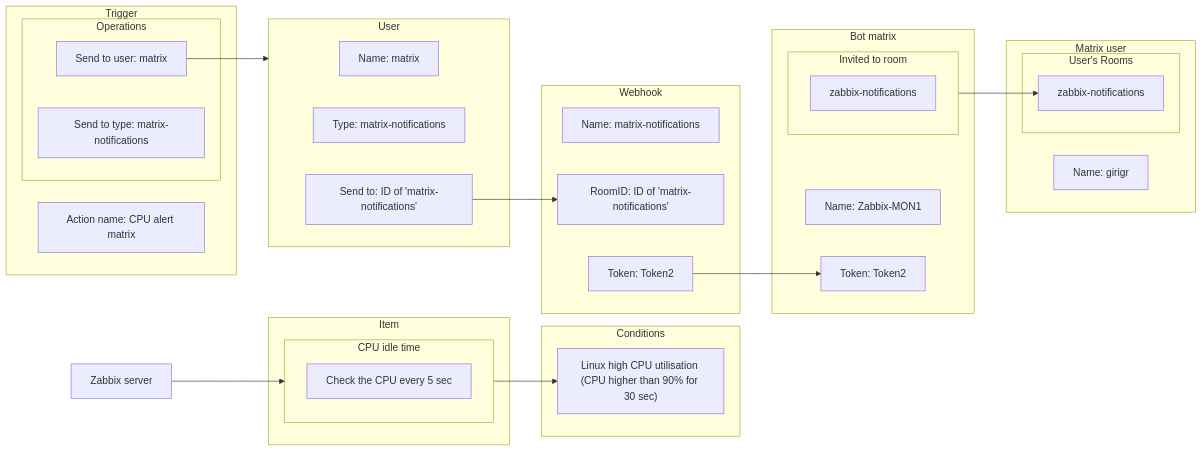
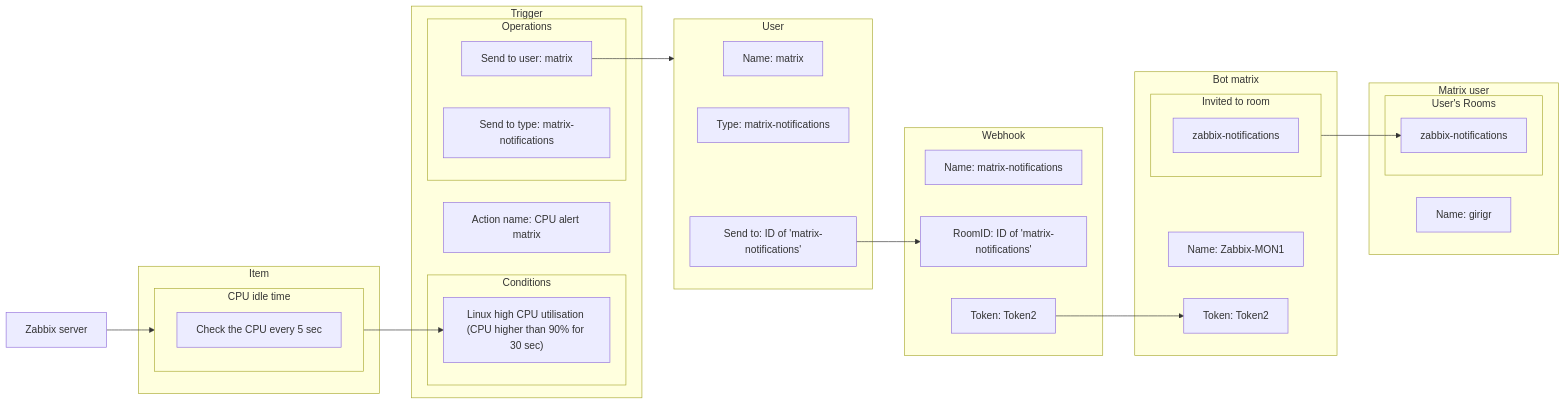
One commit to CPNV-ES-MON1/Zabbix changed the diagram in Doc/Schemas/diagram-notifications.md. Above: the diagram before and after it, drawn with Mermaid.

````diff
--- a/Doc/Schemas/diagram-notifications.md
+++ b/Doc/Schemas/diagram-notifications.md
@@ -3,56 +3,57 @@
 ```mermaid
 flowchart LR
  subgraph itemCpu["CPU idle time"]
         itemCpuCheck["Check the CPU every 5 sec"]
   end
  subgraph item["Item"]
         itemCpu
   end
 
 subgraph triggerConditions["Conditions"]
         triggerCondition["Linux high CPU utilisation (CPU higher than 90% for 30 sec)"]
  end
 
 subgraph triggerOperation["Operations"]
         triggerOperationUser["Send to user: matrix"]
         triggerOperationMedia["Send to type: matrix-notifications"]
   end
  subgraph trigger["Trigger"]
         triggerAction["Action name: CPU alert matrix"]
+        triggerConditions
         triggerOperation
   end
  subgraph user["User"]
         userName["Name: matrix"]
         userType["Type: matrix-notifications"]
         userSend@{ label: "Send to: ID of 'matrix-notifications'" }
   end
  subgraph webhook["Webhook"]
         webhookName["Name: matrix-notifications"]
         webhookRoom@{ label: "RoomID: ID of 'matrix-notifications'" }
         webhookToken["Token: Token2"]
   end
  subgraph botInvites["Invited to room"]
         botInvitesRoom["zabbix-notifications"]
   end
  subgraph bot["Bot matrix"]
         botName["Name: Zabbix-MON1"]
         botToken["Token: Token2"]
         botInvites
   end
  subgraph matrixUserRooms["User's Rooms"]
         matrixUserRoomsZabbix["zabbix-notifications"]
   end
  subgraph matrixUser["Matrix user"]
         name["Name: girigr"]
         matrixUserRooms
   end
     zabbixServer["Zabbix server"] --> itemCpu
     itemCpu --> triggerCondition
     triggerOperationUser --> user
     userSend --> webhookRoom
     webhookToken --> botToken
     botInvites --> matrixUserRoomsZabbix
     userSend@{ shape: rect}
     webhookRoom@{ shape: rect}
     
 ```
````
